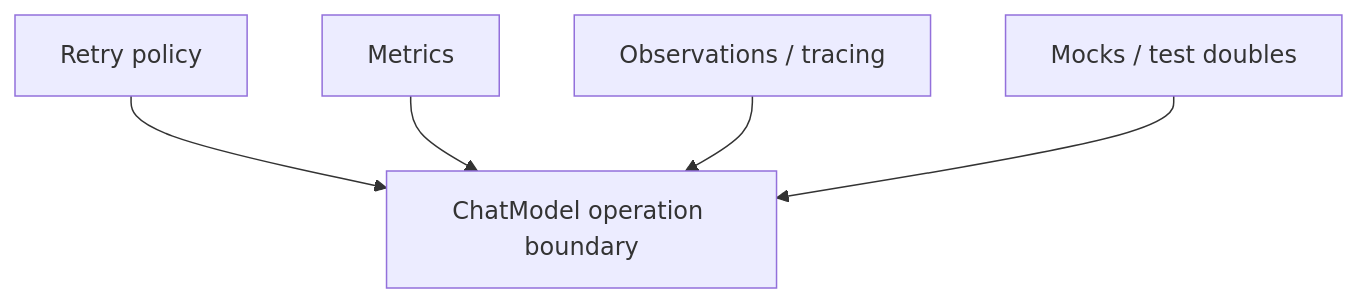
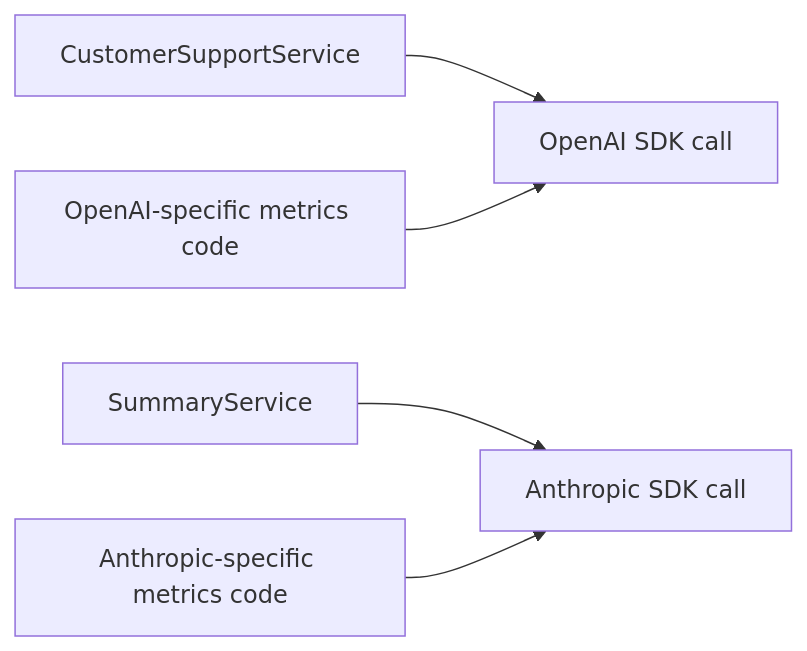
One commit to tranhoaithuong14/spring-ai changed diagram 12 of 15 in study-notes/spring-ai-architecture/chat-model/01-architectural-motivation.md. Above: the diagram before and after it, drawn with Mermaid. The commit also changed other lines of this file, not shown here.

````diff
--- a/study-notes/spring-ai-architecture/chat-model/01-architectural-motivation.md
+++ b/study-notes/spring-ai-architecture/chat-model/01-architectural-motivation.md
@@ -1449,7 +1464,8 @@
 ```mermaid
-flowchart TB
-    retry[Retry policy] --> boundary[ChatModel operation boundary]
-    metrics[Metrics] --> boundary
-    observations[Observations / tracing] --> boundary
-    testing[Mocks / test doubles] --> boundary
+flowchart LR
+    support[CustomerSupportService] --> openAi[OpenAI SDK call]
+    summary[SummaryService] --> anthropic[Anthropic SDK call]
+
+    openAiMetrics[OpenAI-specific metrics code] --> openAi
+    anthropicMetrics[Anthropic-specific metrics code] --> anthropic
 ```
````
